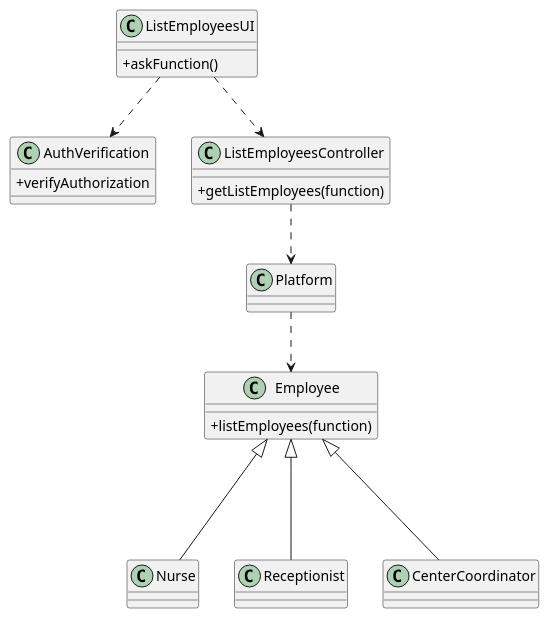
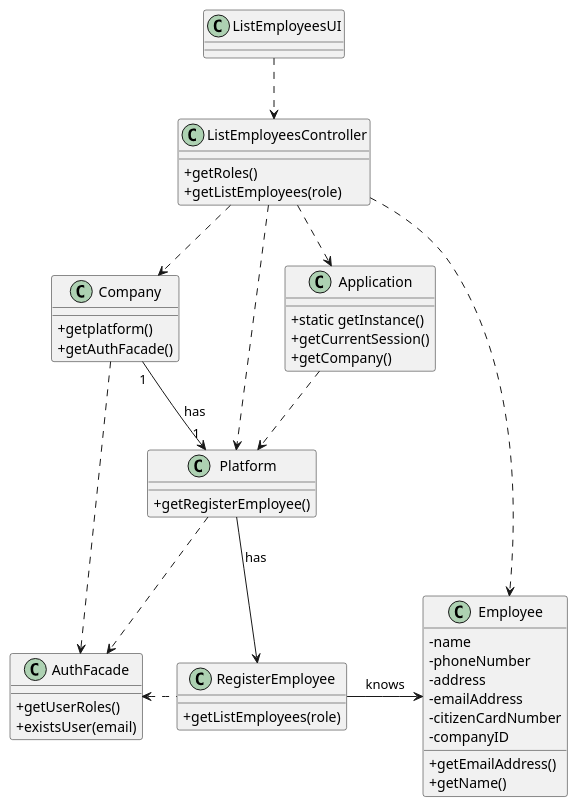
The diagram in docs/SprintB/UserStories/US11/US11_CD.puml (diogonapoles/isep-lapr2), drawn with PlantUML before and after one commit.

Commit message:
[US11][Implementation][US11_CD]
Finished class diagram

```diff
--- a/docs/SprintB/UserStories/US11/US11_CD.puml
+++ b/docs/SprintB/UserStories/US11/US11_CD.puml
@@ -1,39 +1,74 @@
 @startuml
 skinparam classAttributeIconSize 0
+
+
+class AuthFacade{
++getUserRoles()
++existsUser(email)
+}
+
+class Application {
+  +static getInstance()
+  +getCurrentSession()
+  +getCompany()
+
+}
+
+class Company {
++getplatform()
++getAuthFacade()
+}
+
+class Employee {
+-name
+-phoneNumber
+-address
+-emailAddress
+-citizenCardNumber
+-companyID
++getEmailAddress()
++getName()
+}
+
+
+class RegisterEmployee{
++getListEmployees(role)
+
+}
+
+
+
+
+class Platform{
++getRegisterEmployee()
+}
+
+class ListEmployeesController {
++getRoles()
+  +getListEmployees(role)
+
+
+}
+
+class ListEmployeesUI {
+
+}
+
+ListEmployeesUI ..> ListEmployeesController
+ListEmployeesController ..> Application
+ListEmployeesController ..> Company
+ListEmployeesController ..> Platform
+Application ..> Platform
+Platform ..> AuthFacade
+Company ..> AuthFacade
+RegisterEmployee .left.> AuthFacade
+ListEmployeesController ..> Employee
+Platform --> RegisterEmployee :has
+Company "1" --> "1" Platform : has
+RegisterEmployee -right-> Employee : knows
 
 
 
 
 
-
-class Employee {
-+listEmployees(function)
-}
-
-
-
-class AuthVerification{
-+verifyAuthorization
-}
-
-
-class ListEmployeesController {
-  +getListEmployees(function)
-
-}
-
-class ListEmployeesUI {
-+askFunction()
-}
-
-ListEmployeesUI ..> ListEmployeesController
-ListEmployeesController ..> Platform
-Platform ..> Employee
-Employee <|--- Nurse
-Employee <|--- Receptionist
-Employee <|--- CenterCoordinator
-ListEmployeesUI ..> AuthVerification
-
-
-
 @enduml
```
